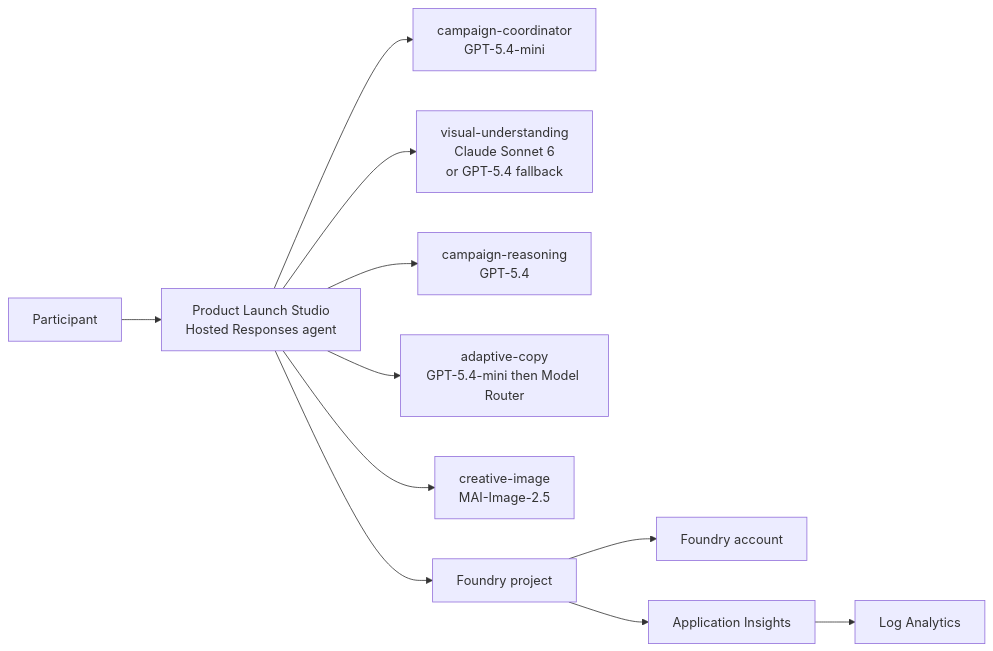
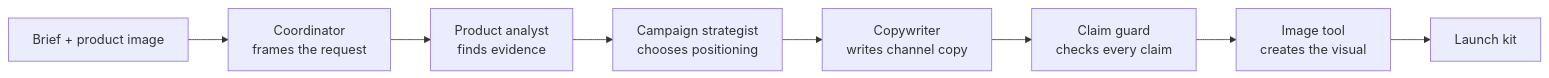
Before and after one commit to nitya/model-mastery: the diagram in foundry/agent-optimization/src/docs/architecture.md, drawn with Mermaid. The commit also changed other lines of this file and 4 other files, not shown here.

Commit message:
Simplify workshop architecture diagrams

````diff
--- a/foundry/agent-optimization/src/docs/architecture.md
+++ b/foundry/agent-optimization/src/docs/architecture.md
@@ -3,13 +3,10 @@
 ```mermaid
 flowchart LR
-  U[Participant] --> A[Product Launch Studio<br/>Hosted Responses agent]
-  A --> C[campaign-coordinator<br/>GPT-5.4-mini]
-  A --> V[visual-understanding<br/>Claude Sonnet 6<br/>or GPT-5.4 fallback]
-  A --> R[campaign-reasoning<br/>GPT-5.4]
-  A --> D[adaptive-copy<br/>GPT-5.4-mini then Model Router]
-  A --> I[creative-image<br/>MAI-Image-2.5]
-  A --> P[Foundry project]
-  P --> F[Foundry account]
-  P --> O[Application Insights]
-  O --> L[Log Analytics]
+  U[Brief + product image] --> C[Coordinator<br/>frames the request]
+  C --> V[Product analyst<br/>finds evidence]
+  V --> R[Campaign strategist<br/>chooses positioning]
+  R --> D[Copywriter<br/>writes channel copy]
+  D --> G[Claim guard<br/>checks every claim]
+  G --> I[Image tool<br/>creates the visual]
+  I --> K[Launch kit]
 ```
````
